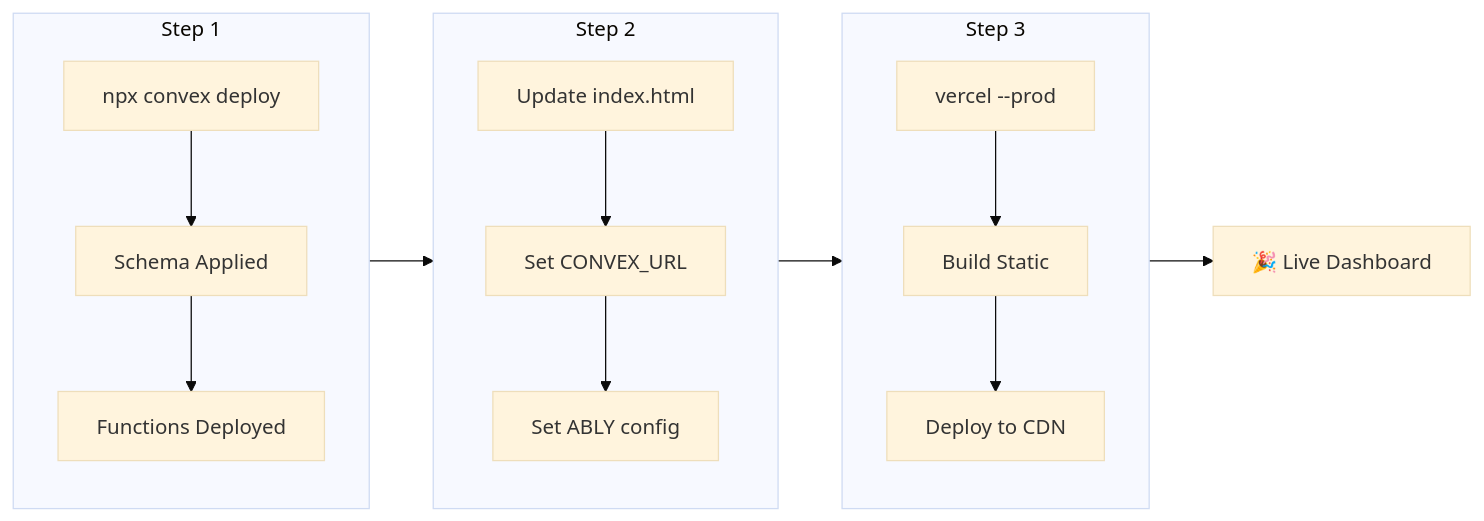
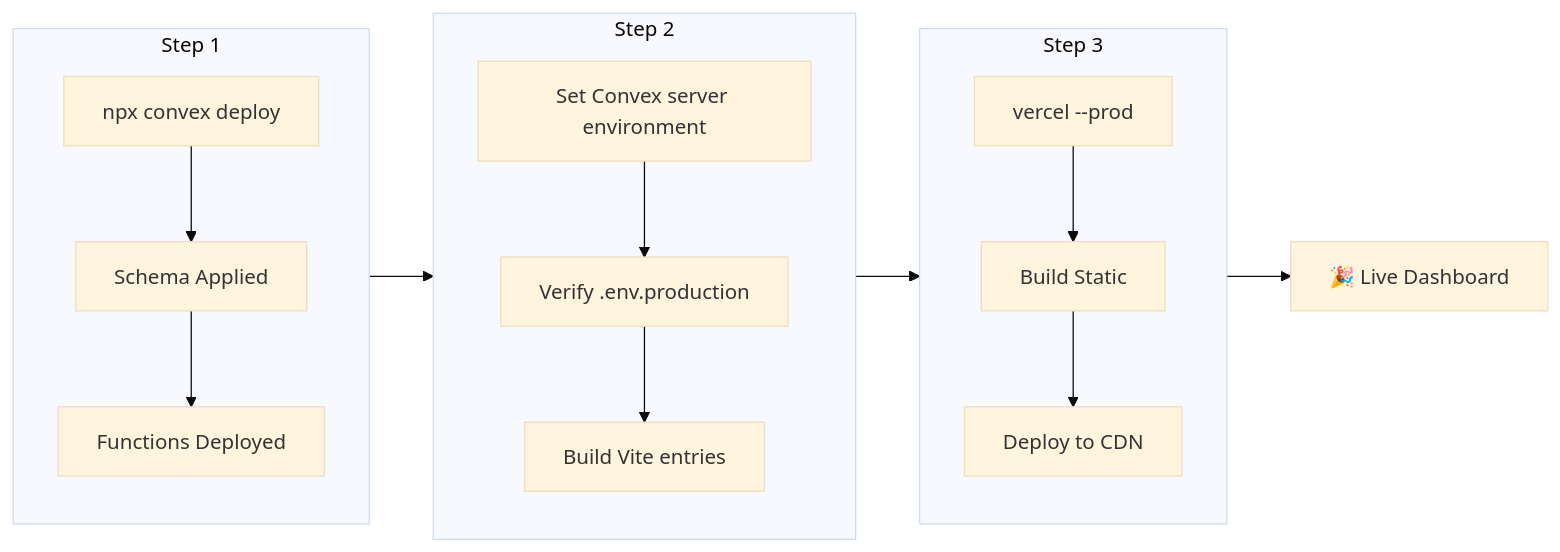
The second of 3 diagrams in DEPLOYMENT.md (ChosF/TelemetryDashboard), drawn with Mermaid (base theme) before and after one commit. The commit also changed other lines of this file and 30 other files, not shown here.

````diff
--- a/DEPLOYMENT.md
+++ b/DEPLOYMENT.md
@@ -46,19 +46,19 @@
 ```mermaid
 flowchart LR
     subgraph Step1["Step 1"]
         A1[npx convex deploy] --> A2[Schema Applied]
         A2 --> A3[Functions Deployed]
     end
 
     subgraph Step2["Step 2"]
-        B1[Update index.html] --> B2[Set CONVEX_URL]
-        B2 --> B3[Set ABLY config]
+        B1[Set Convex server environment] --> B2[Verify .env.production]
+        B2 --> B3[Build Vite entries]
     end
 
     subgraph Step3["Step 3"]
         C1[vercel --prod] --> C2[Build Static]
         C2 --> C3[Deploy to CDN]
     end
 
     Step1 --> Step2 --> Step3 --> D[🎉 Live Dashboard]
 ```
````
